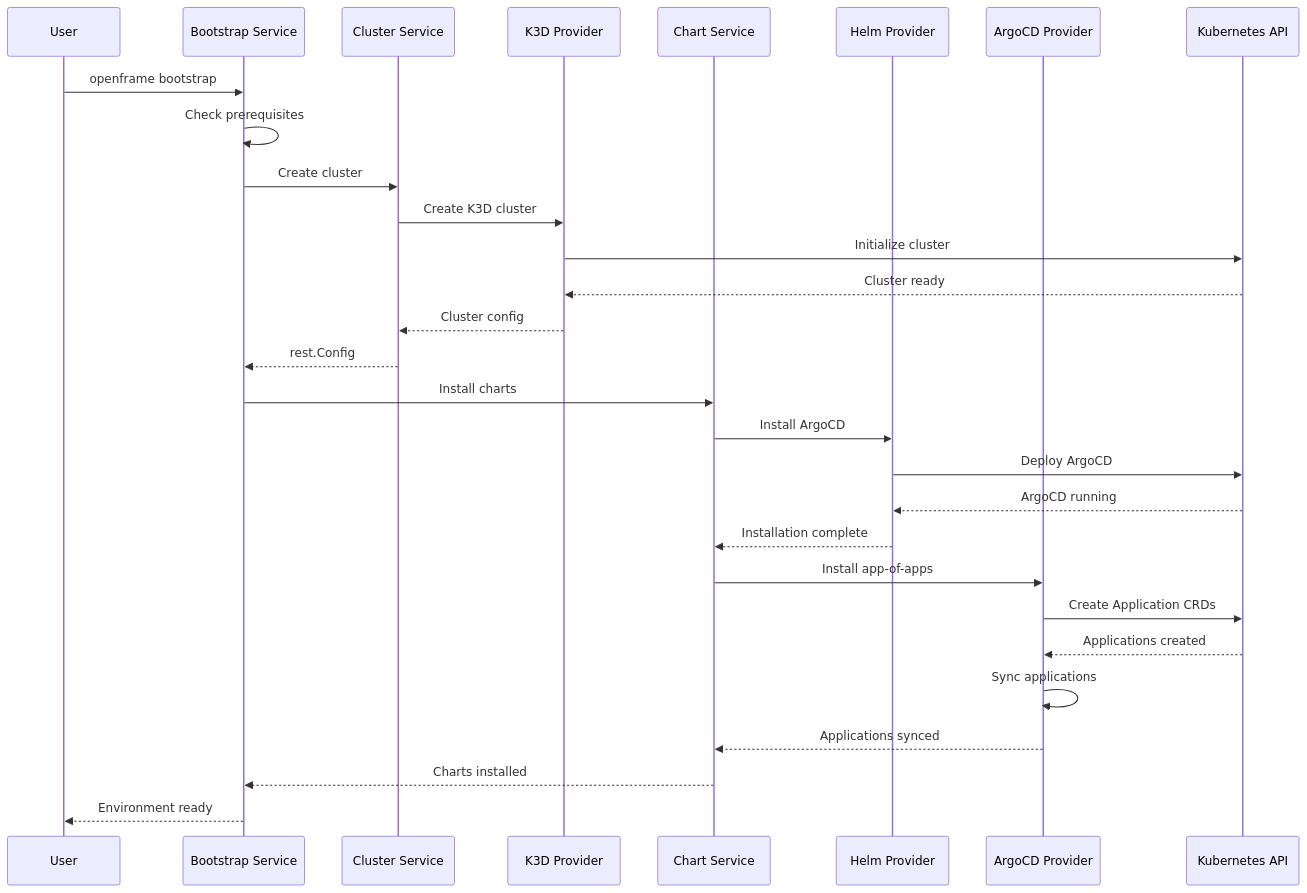
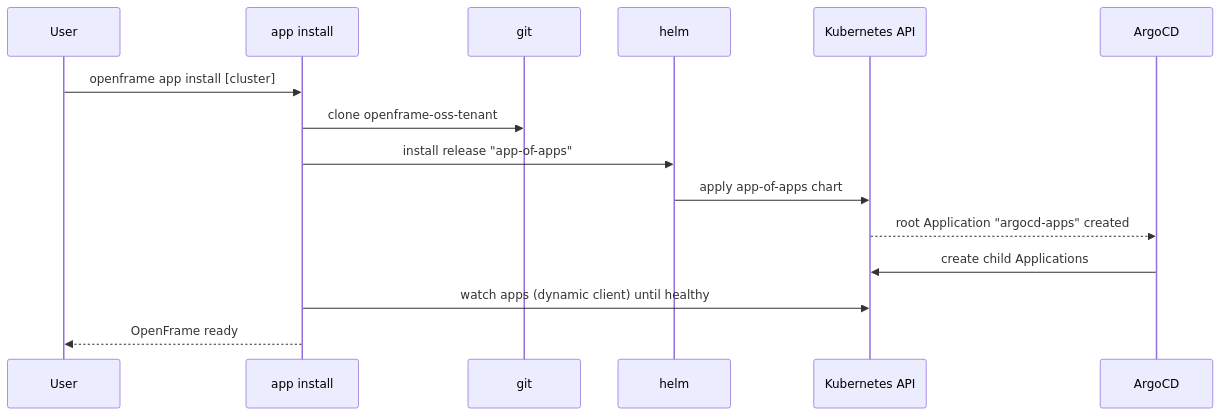
Before and after one commit to flamingo-stack/openframe-cli: the second of 2 diagrams in docs/architecture/overview.md, drawn with Mermaid. The commit also changed other lines of this file and 15 other files, not shown here.

````diff
--- a/docs/architecture/overview.md
+++ b/docs/architecture/overview.md
@@ -173,34 +107,18 @@
 ```mermaid
 sequenceDiagram
     participant User
-    participant Bootstrap as Bootstrap Service
-    participant Cluster as Cluster Service
-    participant K3D as K3D Provider
-    participant Chart as Chart Service
-    participant Helm as Helm Provider
-    participant ArgoCD as ArgoCD Provider
+    participant App as app install
+    participant Git as git
+    participant Helm as helm
     participant K8s as Kubernetes API
-    
-    User->>Bootstrap: openframe bootstrap
-    Bootstrap->>Bootstrap: Check prerequisites
-    Bootstrap->>Cluster: Create cluster
-    Cluster->>K3D: Create K3D cluster
-    K3D->>K8s: Initialize cluster
-    K8s-->>K3D: Cluster ready
-    K3D-->>Cluster: Cluster config
-    Cluster-->>Bootstrap: rest.Config
-    
-    Bootstrap->>Chart: Install charts
-    Chart->>Helm: Install ArgoCD
-    Helm->>K8s: Deploy ArgoCD
-    K8s-->>Helm: ArgoCD running
-    Helm-->>Chart: Installation complete
-    
-    Chart->>ArgoCD: Install app-of-apps
-    ArgoCD->>K8s: Create Application CRDs
-    K8s-->>ArgoCD: Applications created
-    ArgoCD->>ArgoCD: Sync applications
-    ArgoCD-->>Chart: Applications synced
-    Chart-->>Bootstrap: Charts installed
-    Bootstrap-->>User: Environment ready
+    participant Argo as ArgoCD
+
+    User->>App: openframe app install [cluster]
+    App->>Git: clone openframe-oss-tenant
+    App->>Helm: install release "app-of-apps"
+    Helm->>K8s: apply app-of-apps chart
+    K8s-->>Argo: root Application "argocd-apps" created
+    Argo->>K8s: create child Applications
+    App->>K8s: watch apps (dynamic client) until healthy
+    App-->>User: OpenFrame ready
 ```
````
